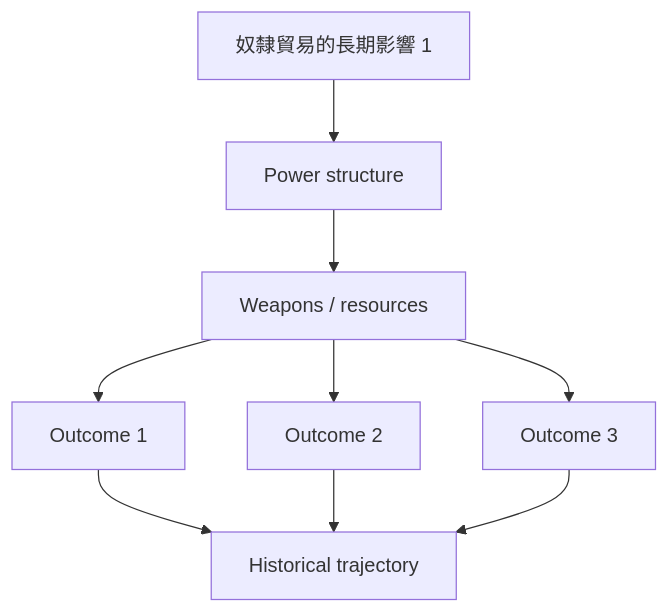
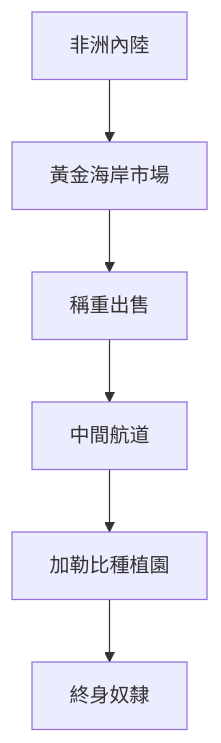
The first of 10 diagrams in 02_Harvard_Courses/Fall_Courses/Hist62_African_Diaspora.md (yip-lgtm/HKU-Harvard-History-Self-Study), drawn with Mermaid before and after one commit. The commit also changed other lines of this file and 15 other files, not shown here.

````diff
--- a/02_Harvard_Courses/Fall_Courses/Hist62_African_Diaspora.md
+++ b/02_Harvard_Courses/Fall_Courses/Hist62_African_Diaspora.md
@@ -107,11 +86,8 @@
 ```mermaid
 graph TD
-    A[奴隸貿易的長期影響 1] --> B[Power structure]
-    B --> C[Weapons / resources]
-    C --> D[Outcome 1]
-    C --> E[Outcome 2]
-    C --> F[Outcome 3]
-    D --> G[Historical trajectory]
-    E --> G
-    F --> G
+    A[非洲內陸] --> B[黃金海岸市場]
+    B --> C[稱重出售]
+    C --> D[中間航道]
+    D --> E[加勒比種植園]
+    E --> F[終身奴隸]
 ```
````
